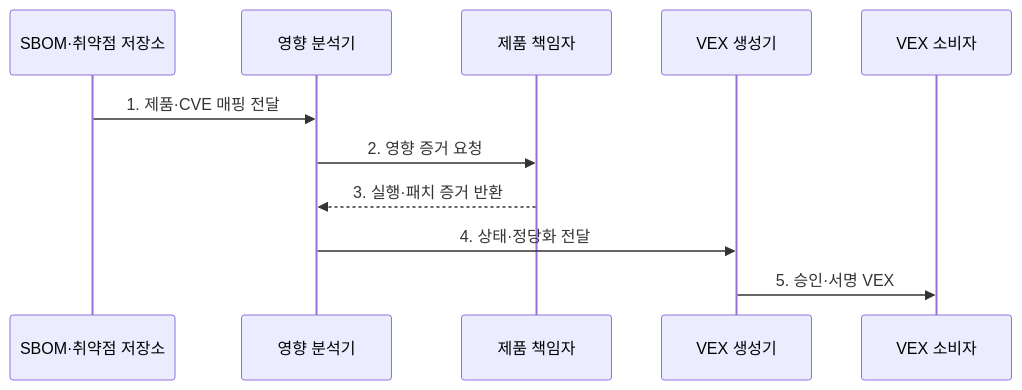
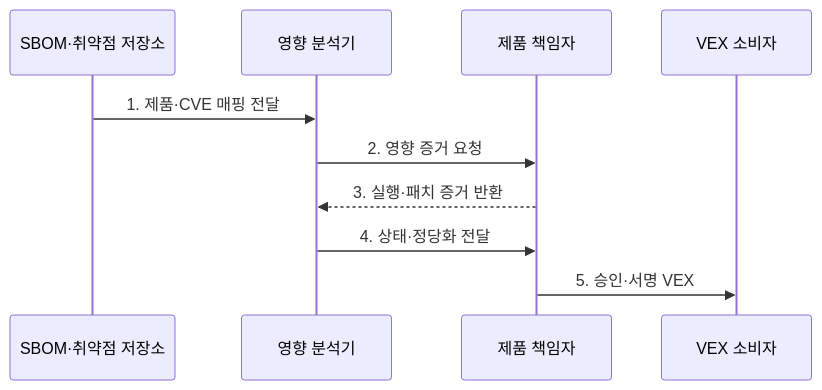
The second of 2 diagrams in src/content/docs/notes/03-software/184_vex.md (agnusdei1207/knowledge-base), drawn with Mermaid before and after one commit. The commit also changed 9 other files, not shown here.

Commit message:
Focus governance and assurance diagrams

````diff
--- a/src/content/docs/notes/03-software/184_vex.md
+++ b/src/content/docs/notes/03-software/184_vex.md
@@ -101,13 +101,12 @@
 ```mermaid
 sequenceDiagram
     participant S as SBOM·취약점 저장소
     participant A as 영향 분석기
     participant P as 제품 책임자
-    participant V as VEX 생성기
     participant C as VEX 소비자
     S->>A: 1. 제품·CVE 매핑 전달
     A->>P: 2. 영향 증거 요청
     P-->>A: 3. 실행·패치 증거 반환
-    A->>V: 4. 상태·정당화 전달
-    V->>C: 5. 승인·서명 VEX
+    A->>P: 4. 상태·정당화 전달
+    P->>C: 5. 승인·서명 VEX
 ```
````
